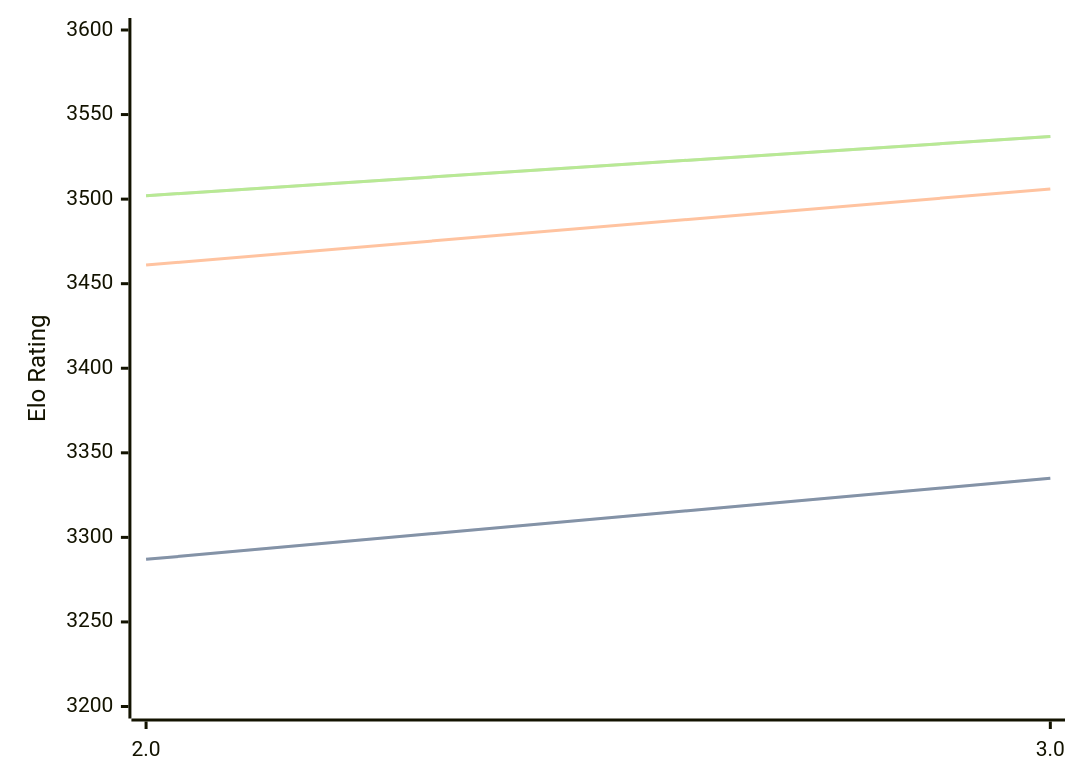
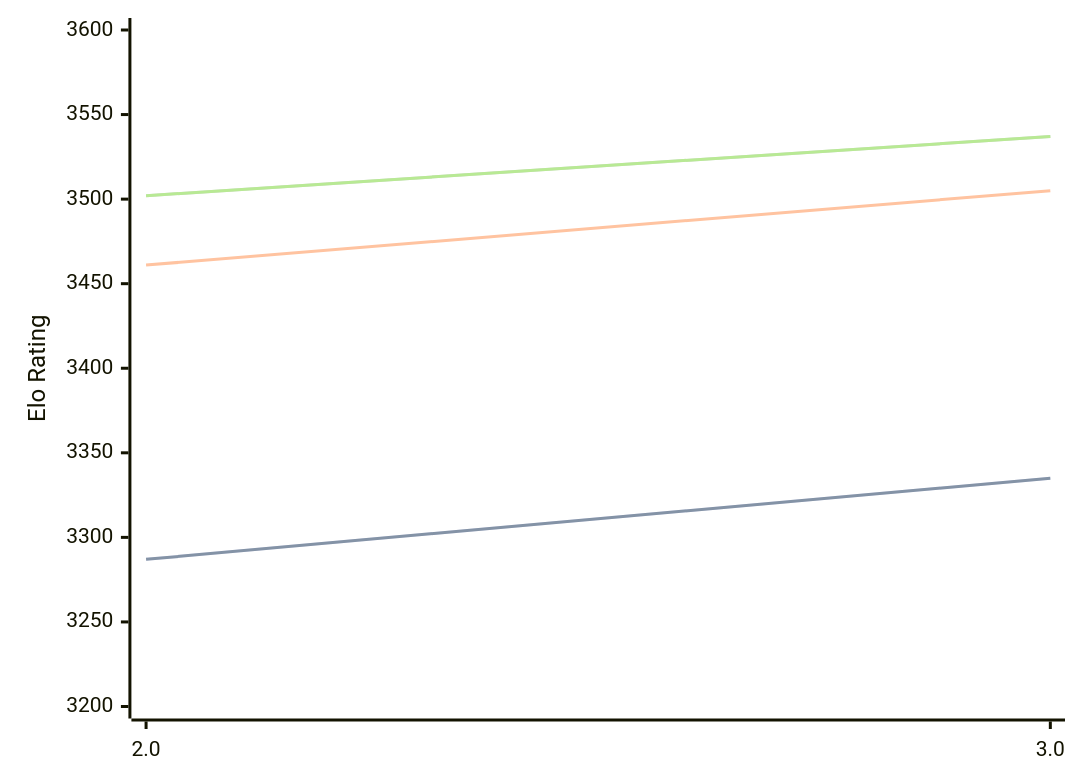
Before and after one commit to computer-chess-index/cci: the diagram in engines/Quanticade.md, drawn with Mermaid. The commit also changed other lines of this file, not shown here.

````diff
--- a/engines/Quanticade.md
+++ b/engines/Quanticade.md
@@ -41,11 +41,11 @@
 ```mermaid
 %%{init: {"theme":"base","themeVariables":{"seriesColors:['#a3a3a3','#222221','#faa371']}}}%%
 xychart-beta
   x-axis ["2.0", "3.0"]
   y-axis "Elo Rating" 3200 --> 3600
   line "STC (8.0+0.08s)" [3287, 3335]
   line "STC (8.0+0.08s)" [3287, 3335]
-  line "LTC (60.0+0.60s)" [3461, 3506]
+  line "LTC (60.0+0.60s)" [3461, 3505]
   line "VLTC (2m24s+1.12s)" [3502, 3537]
   line "VLTC (2m24s+1.12s)" [3502, 3537]
 ```
````
